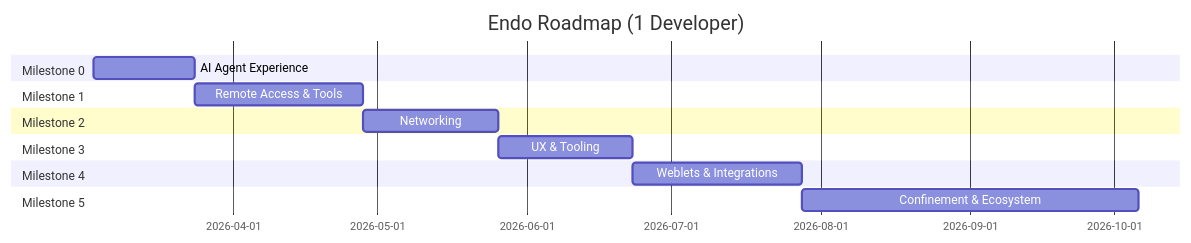
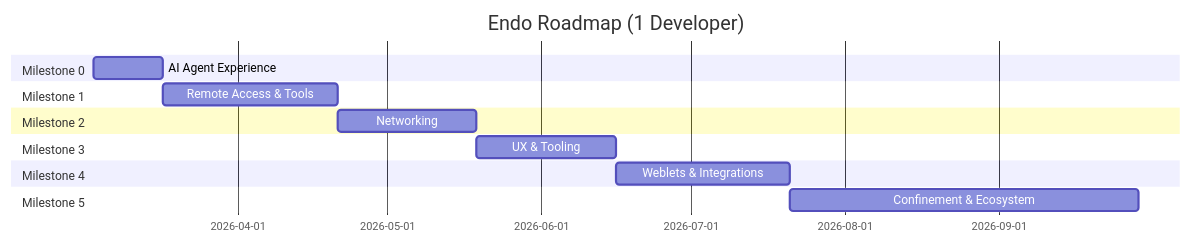
One commit to jbotson/endo-but-for-bots changed the second of 2 diagrams in designs/README.md. Above: the diagram before and after it, drawn with Mermaid. The commit also changed other lines of this file and 1 other file, not shown here.

````diff
--- a/designs/README.md
+++ b/designs/README.md
@@ -414,23 +414,23 @@
 ```mermaid
 gantt
     title Endo Roadmap (1 Developer)
     dateFormat YYYY-MM-DD
 
     section Milestone 0
-    AI Agent Experience           :m0, 2026-03-03, 3w
+    AI Agent Experience           :m0, 2026-03-03, 2w
 
     section Milestone 1
     Remote Access & Tools         :m1, after m0, 5w
 
     section Milestone 2
     Networking                    :m2, after m1, 4w
 
     section Milestone 3
     UX & Tooling                  :m3, after m2, 4w
 
     section Milestone 4
     Weblets & Integrations        :m4, after m3, 5w
 
     section Milestone 5
     Confinement & Ecosystem       :m5, after m4, 10w
 ```
````
